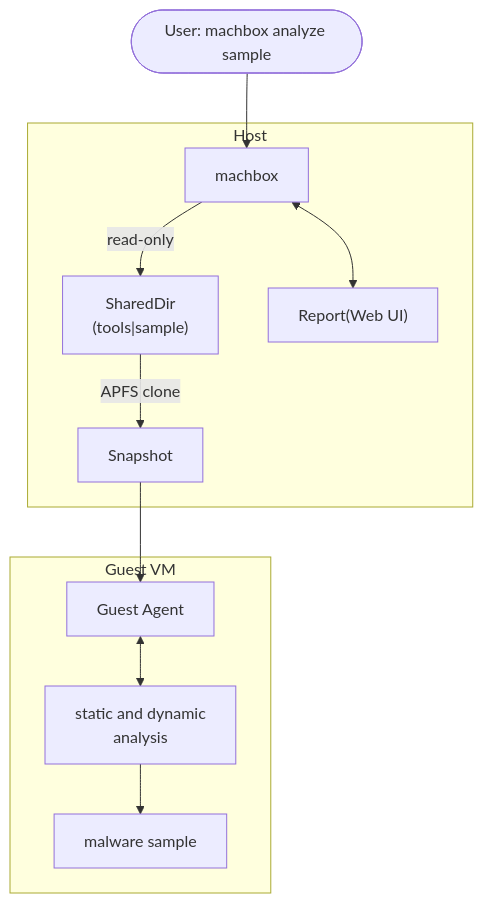
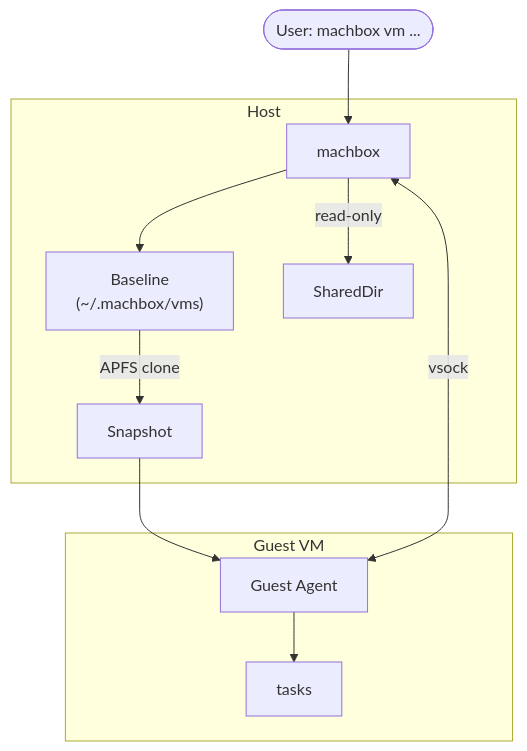
Before and after one commit to ac0d3r/machbox: the diagram in docs/architecture.md, drawn with Mermaid. The commit also changed 90 other files, not shown here.

First line of the commit message:
refactor: move malware analysis out of core

````diff
--- a/docs/architecture.md
+++ b/docs/architecture.md
@@ -3,25 +3,24 @@
 ```mermaid
 flowchart TB
-    User(["User: machbox analyze sample"])
+    User(["User: machbox vm ..."])
 
     subgraph Host["Host"]
         Machbox["machbox"]
+        Baseline["Baseline<br>(~/.machbox/vms)"]
         Snapshot["Snapshot"]
-        ShareDir["SharedDir<br>(tools|sample)"]
-        Report["Report(Web UI)"]
+        ShareDir["SharedDir"]
     end
 
     subgraph Guest["Guest VM"]
         Agent["Guest Agent"]
-        Analysis["static and dynamic<br>analysis"]
-        Sample["malware sample"]
+        Task["tasks"]
     end
 
     User --> Machbox
+    Machbox --> Baseline
+    Baseline --> |APFS clone|Snapshot
     Machbox --> |read-only|ShareDir
-    ShareDir --> |APFS clone|Snapshot
     Snapshot --> Agent
-    Agent <--> Analysis
-    Analysis --> Sample
-    Machbox <--> Report
+    Machbox <--> |vsock|Agent
+    Agent --> Task
 ```
````
